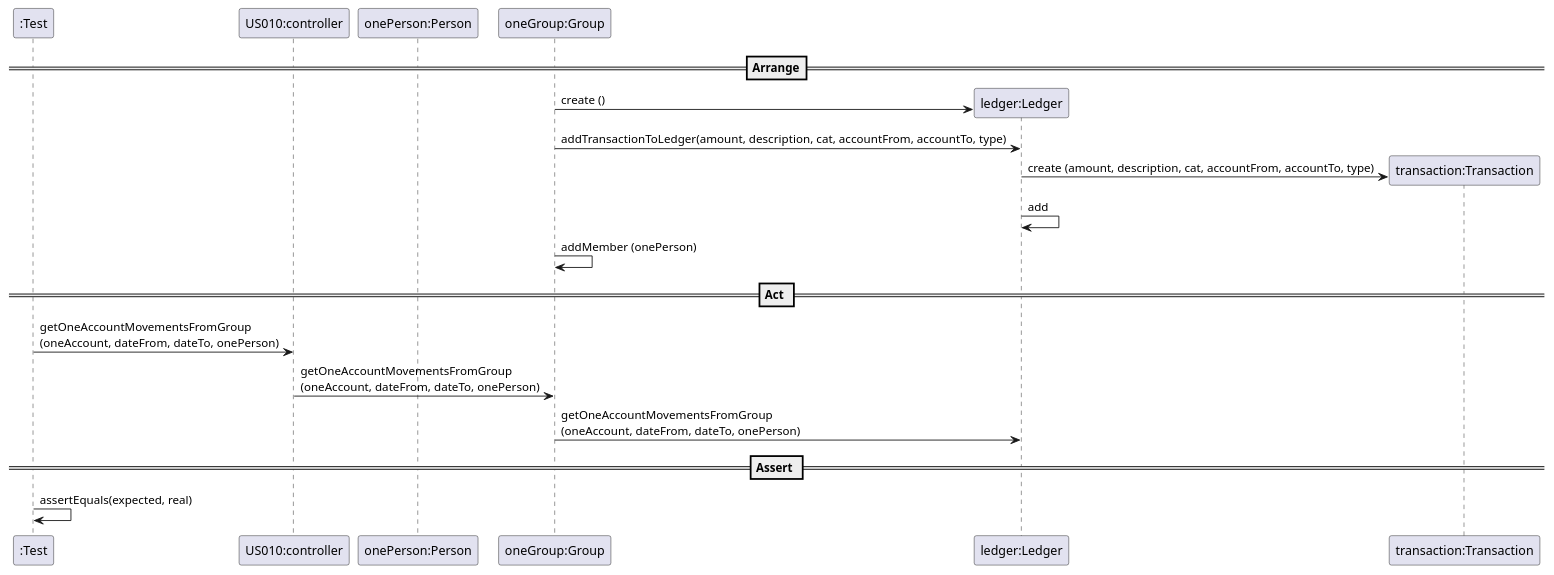
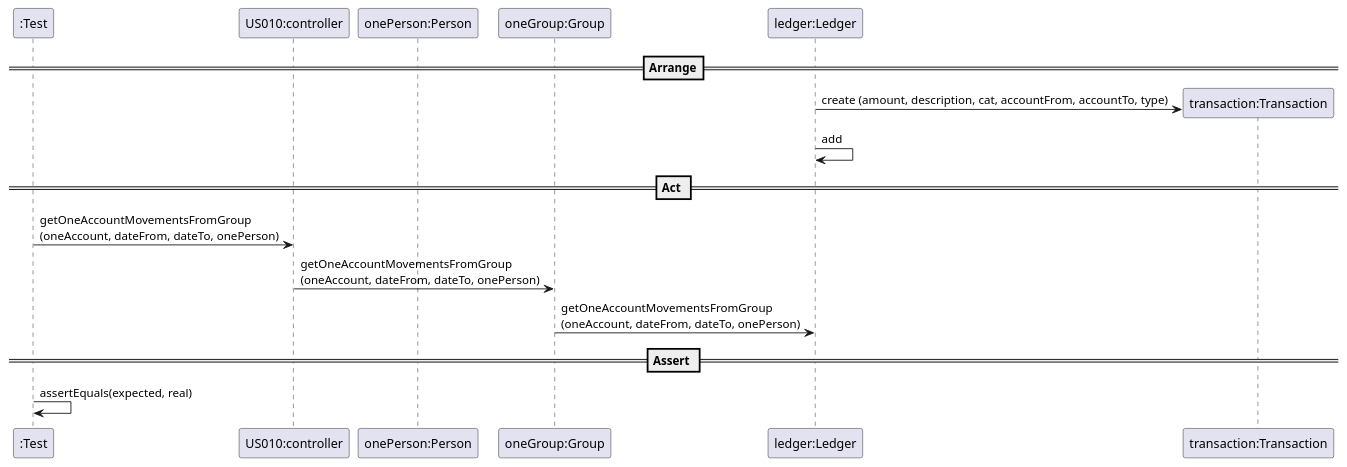
The diagram in docs/SequenceDiagram - US010 - B.puml (mleitaoribeiro/DevOpsMaven), drawn with PlantUML before and after one commit.

Commit message:
ref #389: changed Sequence Diagram - US010

```diff
--- a/docs/SequenceDiagram - US010 - B.puml
+++ b/docs/SequenceDiagram - US010 - B.puml
@@ -1,38 +1,32 @@
 @startuml
 create ":Test"
 
 ==Arrange==
 
 create "US010:controller"
 
 create "onePerson:Person"
 
 create "oneGroup:Group"
 
 create "ledger:Ledger"
 
-"oneGroup:Group" -> "ledger:Ledger" : create ()
-"oneGroup:Group" -> "ledger:Ledger" : addTransactionToLedger(amount, description, cat, accountFrom, accountTo, type)
 create "transaction:Transaction"
 
 
 "ledger:Ledger" -> "transaction:Transaction" : create (amount, description, cat, accountFrom, accountTo, type)
 "ledger:Ledger" -> "ledger:Ledger" : add
-
-
-"oneGroup:Group" -> "oneGroup:Group" : addMember (onePerson)
-
 
 == Act ==
 
 ":Test" -> "US010:controller" : getOneAccountMovementsFromGroup\n(oneAccount, dateFrom, dateTo, onePerson)
 
 "US010:controller" -> "oneGroup:Group" : getOneAccountMovementsFromGroup\n(oneAccount, dateFrom, dateTo, onePerson)
 
 "oneGroup:Group" -> "ledger:Ledger" : getOneAccountMovementsFromGroup\n(oneAccount, dateFrom, dateTo, onePerson)
 
 == Assert ==
 
 ":Test" -> ":Test" : assertEquals(expected, real)
 
 @enduml
```
